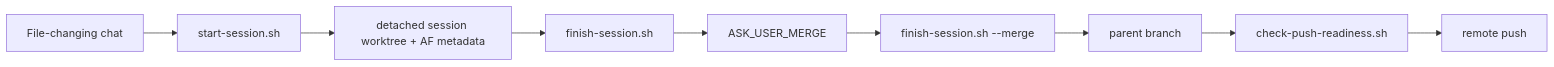
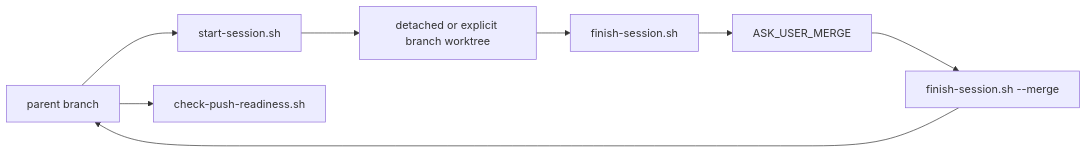
One commit to miketaheny/codex-setup changed the third of 4 diagrams in docs/ARCHITECTURE.md. Above: the diagram before and after it, drawn with Mermaid. The commit also changed other lines of this file and 48 other files, not shown here.

Commit message:
chore: af simplify flow

````diff
--- a/docs/ARCHITECTURE.md
+++ b/docs/ARCHITECTURE.md
@@ -115,11 +68,10 @@
 ```mermaid
 flowchart LR
-    Prompt["File-changing chat"] --> Start["start-session.sh"]
-    Start --> Worktree["detached session worktree + AF metadata"]
+    Parent["parent branch"] --> Start["start-session.sh"]
+    Start --> Worktree["detached or explicit branch worktree"]
     Worktree --> Finish["finish-session.sh"]
-    Finish --> Ask["ASK_USER_MERGE"]
-    Ask --> Merge["finish-session.sh --merge"]
-    Merge --> Parent["parent branch"]
-    Parent --> PushCheck["check-push-readiness.sh"]
-    PushCheck --> Remote["remote push"]
+    Finish --> Ready["ASK_USER_MERGE"]
+    Ready --> Merge["finish-session.sh --merge"]
+    Merge --> Parent
+    Parent --> PushReady["check-push-readiness.sh"]
 ```
````
